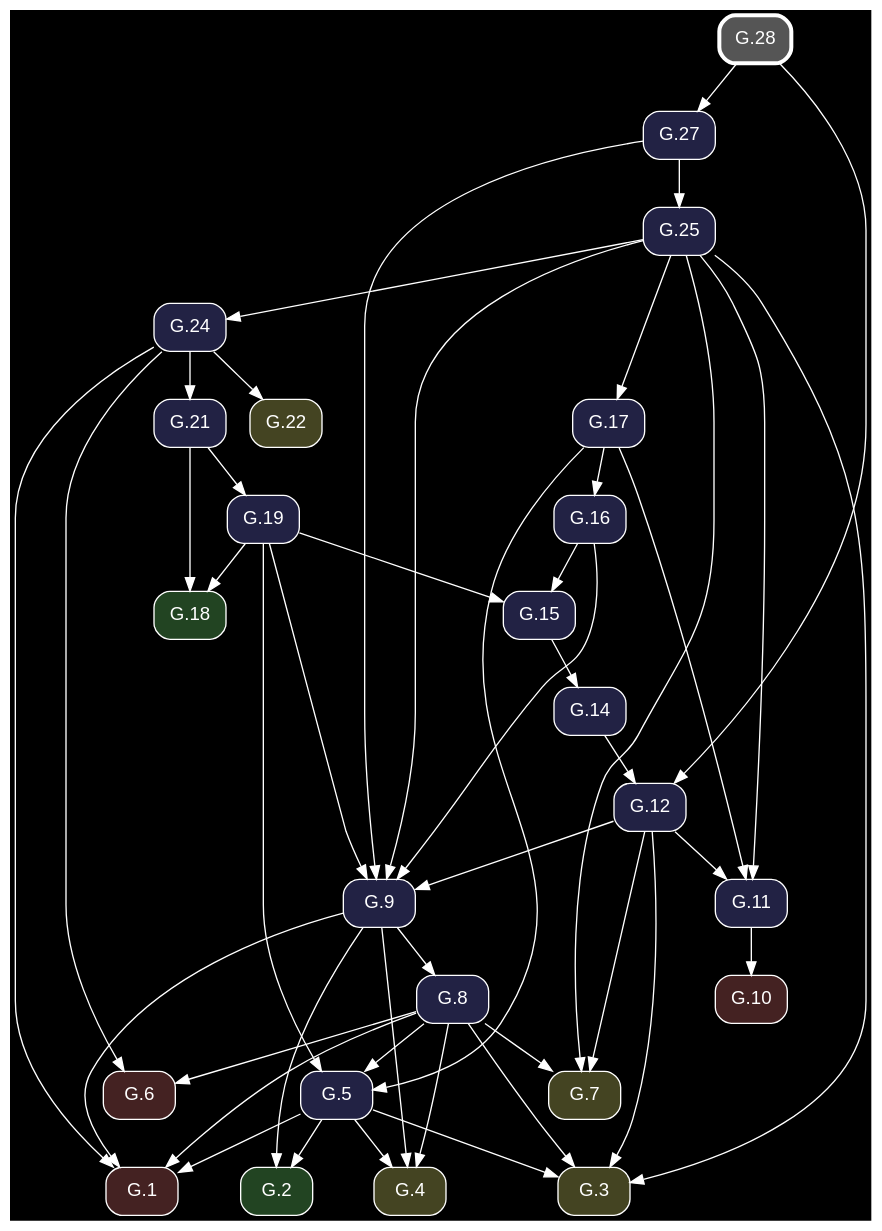
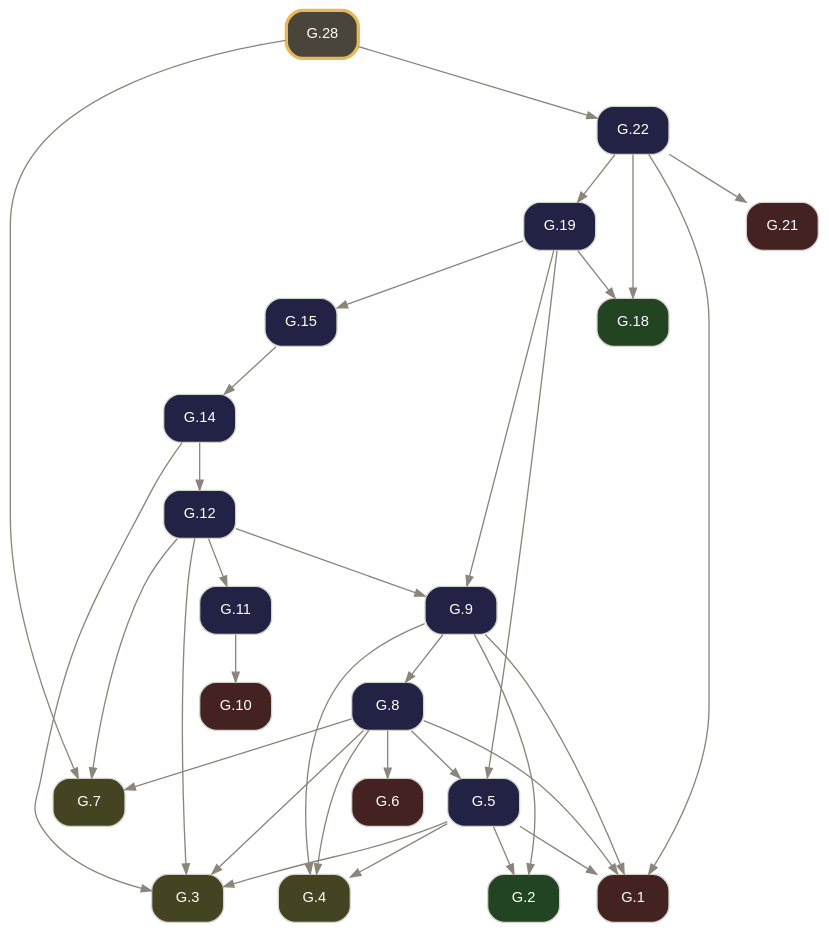
The diagram in docsrc/elements2/G.28/index.rst (geometor/elements), drawn with Graphviz before and after one commit. The commit also changed other lines of this file and 261 other files, not shown here.

Commit message:
feat: rebuild Elements 2.0 G-Index pipeline from composed Euclid Heath edition (v0.3.0)

```diff
--- a/docsrc/elements2/G.28/index.rst
+++ b/docsrc/elements2/G.28/index.rst
@@ -43,78 +67,59 @@
 .. graphviz::
 
    digraph {
-     bgcolor="black";
-     node [shape=box, style="rounded,filled", fontname="Helvetica", color="white", fontcolor="white"];
-     edge [color="white", fontcolor="white"];
+     bgcolor="transparent";
+     node [shape=box, style="rounded,filled", fontname="Helvetica", fontsize=11, color="#d6d3cd", fontcolor="#ffffff"];
+     edge [color="#8c857b", fontcolor="#8c857b", arrowsize=0.75];
      rankdir="TB";
-     "G.27" [label="G.27", fillcolor="#222244", URL="/elements2/G.27/", target="_top"];
-     "G.6" [label="G.6", fillcolor="#442222", URL="/elements2/G.6/", target="_top"];
-     "G.19" [label="G.19", fillcolor="#222244", URL="/elements2/G.19/", target="_top"];
-     "G.24" [label="G.24", fillcolor="#222244", URL="/elements2/G.24/", target="_top"];
-     "G.21" [label="G.21", fillcolor="#222244", URL="/elements2/G.21/", target="_top"];
-     "G.10" [label="G.10", fillcolor="#442222", URL="/elements2/G.10/", target="_top"];
-     "G.7" [label="G.7", fillcolor="#444422", URL="/elements2/G.7/", target="_top"];
-     "G.3" [label="G.3", fillcolor="#444422", URL="/elements2/G.3/", target="_top"];
-     "G.17" [label="G.17", fillcolor="#222244", URL="/elements2/G.17/", target="_top"];
-     "G.15" [label="G.15", fillcolor="#222244", URL="/elements2/G.15/", target="_top"];
-     "G.5" [label="G.5", fillcolor="#222244", URL="/elements2/G.5/", target="_top"];
-     "G.1" [label="G.1", fillcolor="#442222", URL="/elements2/G.1/", target="_top"];
-     "G.2" [label="G.2", fillcolor="#224422", URL="/elements2/G.2/", target="_top"];
-     "G.12" [label="G.12", fillcolor="#222244", URL="/elements2/G.12/", target="_top"];
-     "G.22" [label="G.22", fillcolor="#444422", URL="/elements2/G.22/", target="_top"];
-     "G.14" [label="G.14", fillcolor="#222244", URL="/elements2/G.14/", target="_top"];
-     "G.28" [label="G.28", penwidth=3, color="white", fillcolor="#555555", URL="/elements2/G.28/", target="_top"];
-     "G.8" [label="G.8", fillcolor="#222244", URL="/elements2/G.8/", target="_top"];
-     "G.9" [label="G.9", fillcolor="#222244", URL="/elements2/G.9/", target="_top"];
-     "G.25" [label="G.25", fillcolor="#222244", URL="/elements2/G.25/", target="_top"];
-     "G.18" [label="G.18", fillcolor="#224422", URL="/elements2/G.18/", target="_top"];
-     "G.11" [label="G.11", fillcolor="#222244", URL="/elements2/G.11/", target="_top"];
-     "G.4" [label="G.4", fillcolor="#444422", URL="/elements2/G.4/", target="_top"];
-     "G.16" [label="G.16", fillcolor="#222244", URL="/elements2/G.16/", target="_top"];
-     "G.28" -> "G.27";
-     "G.24" -> "G.6";
-     "G.8" -> "G.6";
-     "G.21" -> "G.19";
-     "G.25" -> "G.24";
-     "G.24" -> "G.21";
-     "G.11" -> "G.10";
-     "G.25" -> "G.7";
-     "G.8" -> "G.7";
-     "G.12" -> "G.7";
+     "G.1" [label="G.1", tooltip="G.1 (I.cn.1)", fillcolor="#442222", URL="../G.1/index.html", target="_top"];
+     "G.2" [label="G.2", tooltip="G.2 (I.def.15)", fillcolor="#224422", URL="../G.2/index.html", target="_top"];
+     "G.3" [label="G.3", tooltip="G.3 (I.post.1)", fillcolor="#444422", URL="../G.3/index.html", target="_top"];
+     "G.4" [label="G.4", tooltip="G.4 (I.post.3)", fillcolor="#444422", URL="../G.4/index.html", target="_top"];
+     "G.5" [label="G.5", tooltip="G.5 (I.1)", fillcolor="#222244", URL="../G.5/index.html", target="_top"];
+     "G.6" [label="G.6", tooltip="G.6 (I.cn.3)", fillcolor="#442222", URL="../G.6/index.html", target="_top"];
+     "G.7" [label="G.7", tooltip="G.7 (I.post.2)", fillcolor="#444422", URL="../G.7/index.html", target="_top"];
+     "G.8" [label="G.8", tooltip="G.8 (I.2)", fillcolor="#222244", URL="../G.8/index.html", target="_top"];
+     "G.9" [label="G.9", tooltip="G.9 (I.3)", fillcolor="#222244", URL="../G.9/index.html", target="_top"];
+     "G.10" [label="G.10", tooltip="G.10 (I.cn.4)", fillcolor="#442222", URL="../G.10/index.html", target="_top"];
+     "G.11" [label="G.11", tooltip="G.11 (I.4)", fillcolor="#222244", URL="../G.11/index.html", target="_top"];
+     "G.12" [label="G.12", tooltip="G.12 (I.5)", fillcolor="#222244", URL="../G.12/index.html", target="_top"];
+     "G.14" [label="G.14", tooltip="G.14 (I.7)", fillcolor="#222244", URL="../G.14/index.html", target="_top"];
+     "G.15" [label="G.15", tooltip="G.15 (I.8)", fillcolor="#222244", URL="../G.15/index.html", target="_top"];
+     "G.18" [label="G.18", tooltip="G.18 (I.def.10)", fillcolor="#224422", URL="../G.18/index.html", target="_top"];
+     "G.19" [label="G.19", tooltip="G.19 (I.11)", fillcolor="#222244", URL="../G.19/index.html", target="_top"];
+     "G.21" [label="G.21", tooltip="G.21 (I.cn.2)", fillcolor="#442222", URL="../G.21/index.html", target="_top"];
+     "G.22" [label="G.22", tooltip="G.22 (I.13)", fillcolor="#222244", URL="../G.22/index.html", target="_top"];
+     "G.28" [label="G.28", tooltip="G.28 (I.17)", penwidth=2.5, color="#e8b85a", fillcolor="#4a453b", URL="index.html", target="_top"];
+     "G.5" -> "G.1";
+     "G.8" -> "G.1";
+     "G.9" -> "G.1";
+     "G.22" -> "G.1";
+     "G.5" -> "G.2";
+     "G.9" -> "G.2";
      "G.5" -> "G.3";
-     "G.25" -> "G.3";
      "G.8" -> "G.3";
      "G.12" -> "G.3";
-     "G.25" -> "G.17";
-     "G.19" -> "G.15";
-     "G.16" -> "G.15";
-     "G.19" -> "G.5";
-     "G.8" -> "G.5";
-     "G.17" -> "G.5";
-     "G.5" -> "G.1";
-     "G.24" -> "G.1";
-     "G.8" -> "G.1";
-     "G.9" -> "G.1";
-     "G.5" -> "G.2";
-     "G.9" -> "G.2";
-     "G.28" -> "G.12";
-     "G.14" -> "G.12";
-     "G.24" -> "G.22";
-     "G.15" -> "G.14";
-     "G.9" -> "G.8";
-     "G.19" -> "G.9";
-     "G.25" -> "G.9";
-     "G.16" -> "G.9";
-     "G.27" -> "G.9";
-     "G.12" -> "G.9";
-     "G.27" -> "G.25";
-     "G.19" -> "G.18";
-     "G.21" -> "G.18";
-     "G.25" -> "G.11";
-     "G.17" -> "G.11";
-     "G.12" -> "G.11";
+     "G.14" -> "G.3";
      "G.5" -> "G.4";
      "G.8" -> "G.4";
      "G.9" -> "G.4";
-     "G.17" -> "G.16";
+     "G.8" -> "G.5";
+     "G.19" -> "G.5";
+     "G.8" -> "G.6";
+     "G.8" -> "G.7";
+     "G.12" -> "G.7";
+     "G.28" -> "G.7";
+     "G.9" -> "G.8";
+     "G.12" -> "G.9";
+     "G.19" -> "G.9";
+     "G.11" -> "G.10";
+     "G.12" -> "G.11";
+     "G.14" -> "G.12";
+     "G.15" -> "G.14";
+     "G.19" -> "G.15";
+     "G.19" -> "G.18";
+     "G.22" -> "G.18";
+     "G.22" -> "G.19";
+     "G.22" -> "G.21";
+     "G.28" -> "G.22";
    }
```
